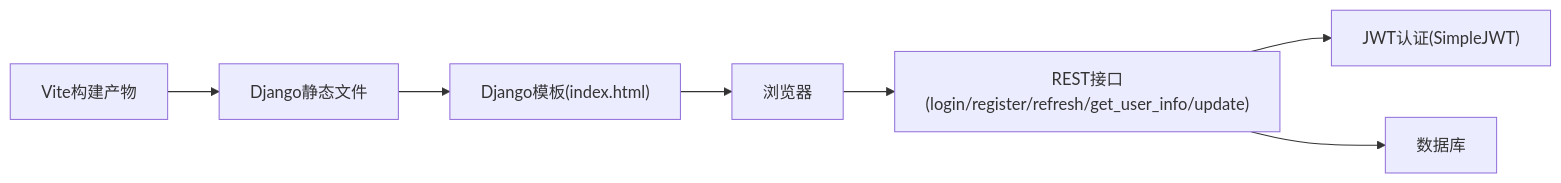
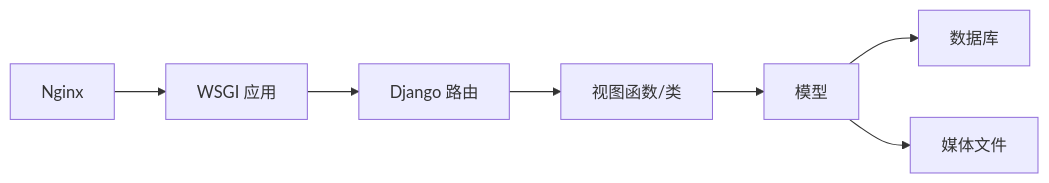
The sixth of 6 diagrams in .qoder/repowiki/zh/content/部署指南/生产环境部署.md (Blaipchi/LLM_AIfriends), drawn with Mermaid before and after one commit. The commit also changed other lines of this file and 89 other files, not shown here.

````diff
--- a/.qoder/repowiki/zh/content/部署指南/生产环境部署.md
+++ b/.qoder/repowiki/zh/content/部署指南/生产环境部署.md
@@ -255,9 +272,9 @@
 ```mermaid
 graph LR
-FE["Vite构建产物"] --> ST["Django静态文件"]
-ST --> TPL["Django模板(index.html)"]
-TPL --> CLI["浏览器"]
-CLI --> API["REST接口(login/register/refresh/get_user_info/update)"]
-API --> JWT["JWT认证(SimpleJWT)"]
-API --> DB["数据库"]
+Nginx["Nginx"] --> WSGI["WSGI 应用"]
+WSGI --> Django["Django 路由"]
+Django --> Views["视图函数/类"]
+Views --> Models["模型"]
+Models --> DB["数据库"]
+Models --> Media["媒体文件"]
 ```
````
